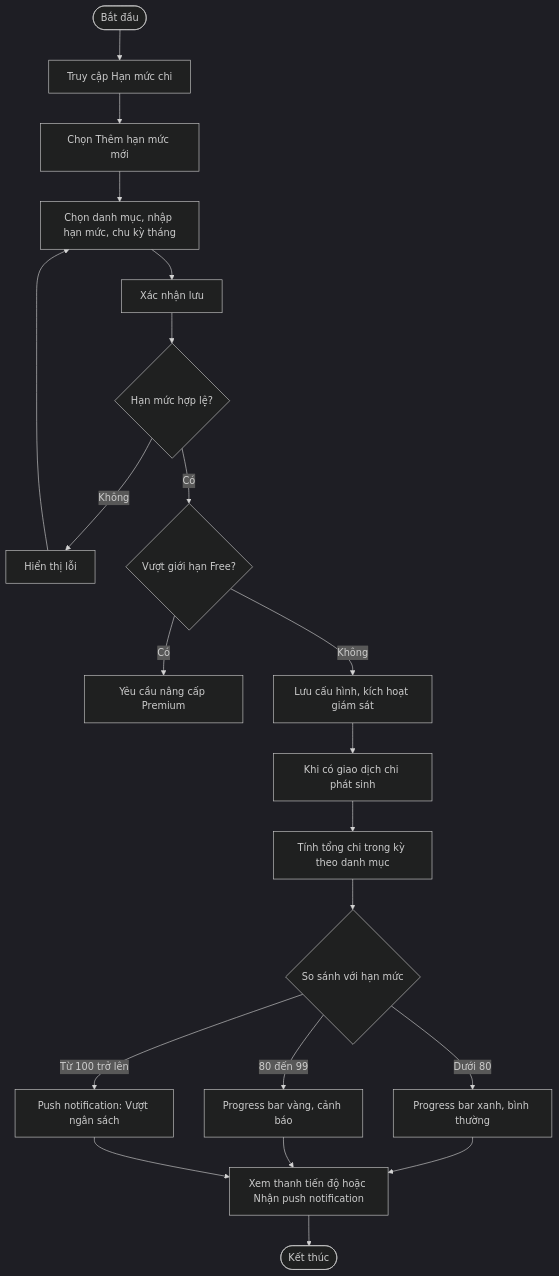
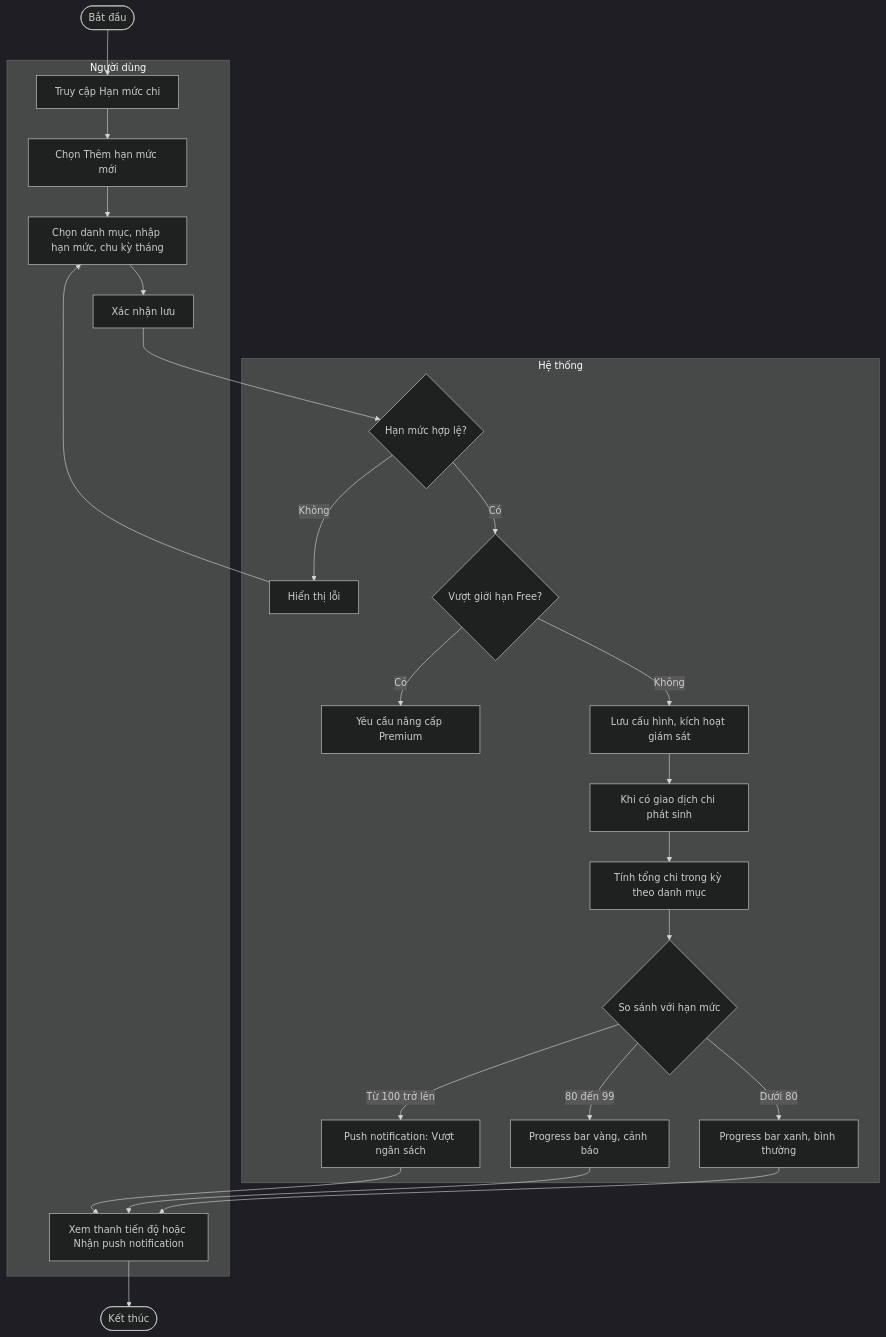
Before and after one commit to Hieu-vn/Graduation-Thesis: the sixth of 10 diagrams in Nghiên cứu MISA MoneyKeeper.md, drawn with Mermaid (dark theme). The commit also changed other lines of this file, not shown here.

````diff
--- a/Nghiên cứu MISA MoneyKeeper.md
+++ b/Nghiên cứu MISA MoneyKeeper.md
@@ -182,22 +301,48 @@
 ```mermaid
 flowchart TD
-    A([Bắt đầu]) --> B[Truy cập Hạn mức chi]
-    B --> C[Chọn Thêm hạn mức mới]
-    C --> D[Chọn danh mục, nhập hạn mức, chu kỳ tháng]
-    D --> E[Xác nhận lưu]
-    E --> F{Hạn mức hợp lệ?}
-    F -->|Không| F2[Hiển thị lỗi] --> D
-    F -->|Có| G{Vượt giới hạn Free?}
-    G -->|Có| G2[Yêu cầu nâng cấp Premium]
-    G -->|Không| H[Lưu cấu hình, kích hoạt giám sát]
-    H --> I[Khi có giao dịch chi phát sinh]
-    I --> I2[Tính tổng chi trong kỳ theo danh mục]
-    I2 --> J{So sánh với hạn mức}
-    J -->|Dưới 80| J1[Progress bar xanh, bình thường]
-    J -->|80 đến 99| J2[Progress bar vàng, cảnh báo]
-    J -->|Từ 100 trở lên| J3[Push notification: Vượt ngân sách]
-    J1 --> K[Xem thanh tiến độ hoặc Nhận push notification]
+    A([Bắt đầu])
+
+    subgraph NguoiDung["Người dùng"]
+        B[Truy cập Hạn mức chi]
+        C[Chọn Thêm hạn mức mới]
+        D[Chọn danh mục, nhập hạn mức, chu kỳ tháng]
+        E[Xác nhận lưu]
+        K[Xem thanh tiến độ hoặc Nhận push notification]
+    end
+
+    subgraph HeThong["Hệ thống"]
+        F{Hạn mức hợp lệ?}
+        F2[Hiển thị lỗi]
+        G{Vượt giới hạn Free?}
+        G2[Yêu cầu nâng cấp Premium]
+        H[Lưu cấu hình, kích hoạt giám sát]
+        I[Khi có giao dịch chi phát sinh]
+        I2[Tính tổng chi trong kỳ theo danh mục]
+        J{So sánh với hạn mức}
+        J1[Progress bar xanh, bình thường]
+        J2[Progress bar vàng, cảnh báo]
+        J3[Push notification: Vượt ngân sách]
+    end
+
+    L([Kết thúc])
+
+    A --> B
+    B --> C
+    C --> D
+    D --> E
+    E --> F
+    F -->|Không| F2 --> D
+    F -->|Có| G
+    G -->|Có| G2
+    G -->|Không| H
+    H --> I
+    I --> I2
+    I2 --> J
+    J -->|Dưới 80| J1
+    J -->|80 đến 99| J2
+    J -->|Từ 100 trở lên| J3
+    J1 --> K
     J2 --> K
     J3 --> K
-    K --> L([Kết thúc])
+    K --> L
 ```
````
